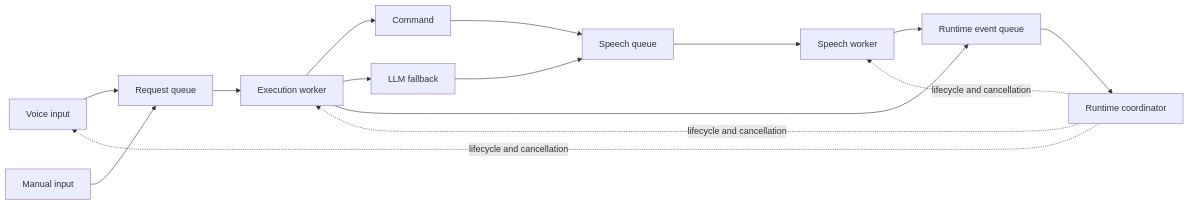
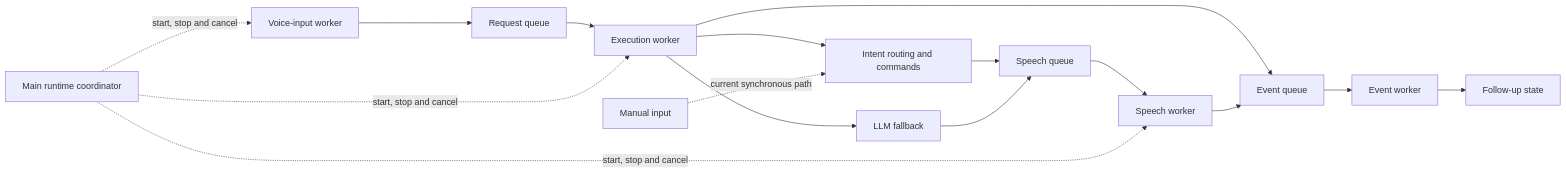
Before and after one commit to mattordev/coda: the diagram in docs/concurrent-runtime.md, drawn with Mermaid. The commit also changed other lines of this file and 2 other files, not shown here.

First line of the commit message:
docs: document concurrent runtime

````diff
--- a/docs/concurrent-runtime.md
+++ b/docs/concurrent-runtime.md
@@ -30,18 +10,20 @@
 ```mermaid
 flowchart LR
-    Voice[Voice input] --> Requests[Request queue]
-    Manual[Manual input] --> Requests
+    Voice[Voice-input worker] --> Requests[Request queue]
     Requests --> Execution[Execution worker]
-    Execution --> Command[Command]
+    Execution --> Intent[Intent routing and commands]
     Execution --> LLM[LLM fallback]
-    Command --> SpeechQueue[Speech queue]
+    Intent --> SpeechQueue[Speech queue]
     LLM --> SpeechQueue
     SpeechQueue --> Speech[Speech worker]
+    Execution --> Events[Event queue]
+    Speech --> Events
+    Events --> EventWorker[Event worker]
+    EventWorker --> FollowUp[Follow-up state]
 
-    Coordinator[Runtime coordinator] -. lifecycle and cancellation .-> Voice
-    Coordinator -. lifecycle and cancellation .-> Execution
-    Coordinator -. lifecycle and cancellation .-> Speech
-    Execution --> Events[Runtime event queue]
-    Speech --> Events
-    Events --> Coordinator
+    Main[Main runtime coordinator] -. start, stop and cancel .-> Voice
+    Main -. start, stop and cancel .-> Execution
+    Main -. start, stop and cancel .-> Speech
+
+    Manual[Manual input] -. current synchronous path .-> Intent
 ```
````
